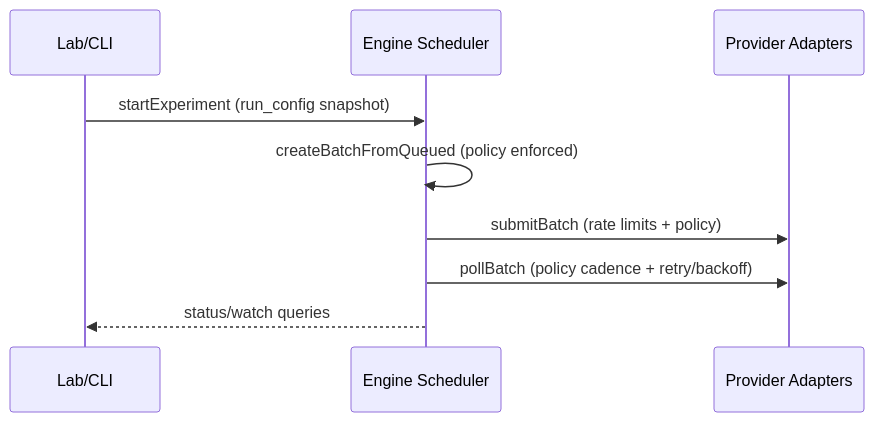
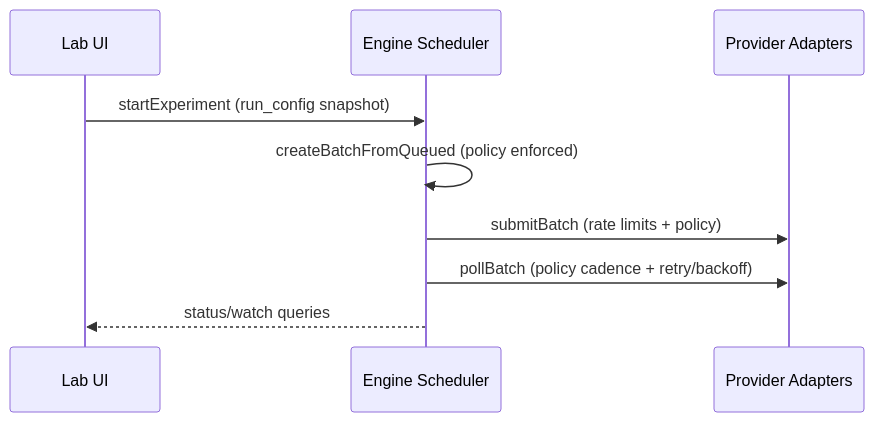
Before and after one commit to theonetruejesse/judge-gym: the third of 3 diagrams in README.md, drawn with Mermaid. The commit also changed other lines of this file and 236 other files, not shown here.

````diff
--- a/README.md
+++ b/README.md
@@ -314,12 +308,12 @@
 ```mermaid
 sequenceDiagram
-  participant Client as Lab/CLI
+  participant Client as Lab UI
   participant Convex as Engine Scheduler
   participant Providers as Provider Adapters
 
   Client->>Convex: startExperiment (run_config snapshot)
   Convex->>Convex: createBatchFromQueued (policy enforced)
   Convex->>Providers: submitBatch (rate limits + policy)
   Convex->>Providers: pollBatch (policy cadence + retry/backoff)
   Convex-->>Client: status/watch queries
 ```
````
